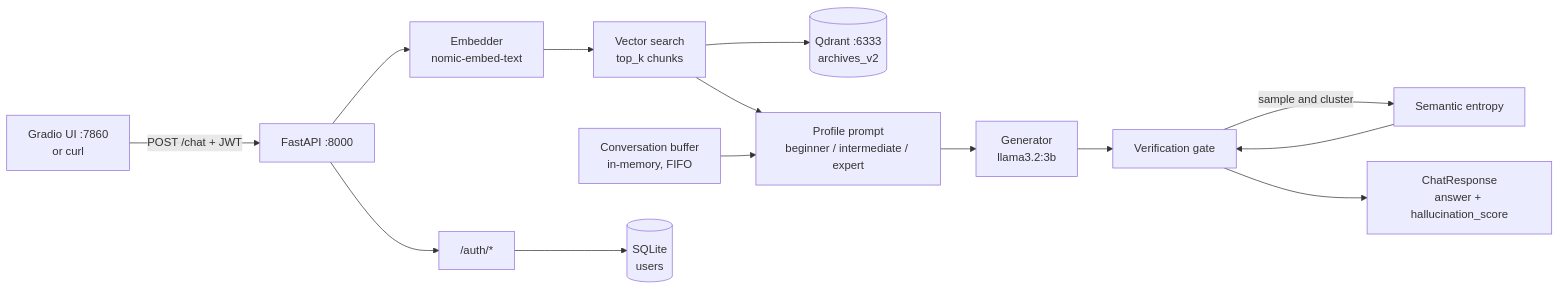
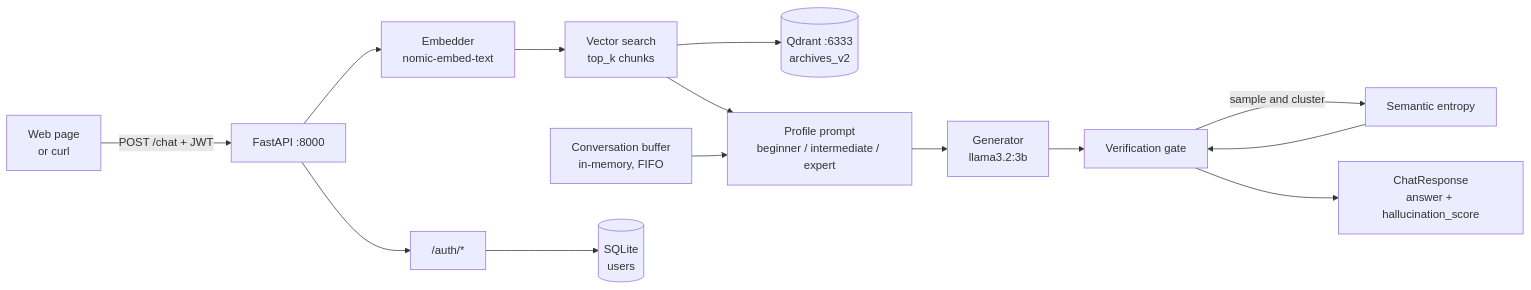
The diagram in README.md (LukeSantossz/sb100_agents), drawn with Mermaid before and after one commit. The commit also changed other lines of this file and 26 other files, not shown here.

Commit message:
feat(web): replace the Gradio page with a React web app

````diff
--- a/README.md
+++ b/README.md
@@ -73,15 +72,15 @@
 ```mermaid
 flowchart LR
-    CLIENT["Gradio UI :7860<br/>or curl"] -->|"POST /chat + JWT"| API["FastAPI :8000"]
+    CLIENT["Web page<br/>or curl"] -->|"POST /chat + JWT"| API["FastAPI :8000"]
     API --> EMBED["Embedder<br/>nomic-embed-text"]
     EMBED --> SEARCH["Vector search<br/>top_k chunks"]
     SEARCH --> QDRANT[("Qdrant :6333<br/>archives_v2")]
     SEARCH --> PROMPT["Profile prompt<br/>beginner / intermediate / expert"]
     BUFFER["Conversation buffer<br/>in-memory, FIFO"] --> PROMPT
     PROMPT --> LLM["Generator<br/>llama3.2:3b"]
     LLM --> GATE["Verification gate"]
     GATE -->|"sample and cluster"| ENTROPY["Semantic entropy"]
     ENTROPY --> GATE
     GATE --> RESP["ChatResponse<br/>answer + hallucination_score"]
     API --> AUTH["/auth/*"] --> SQLITE[("SQLite<br/>users")]
 ```
````
